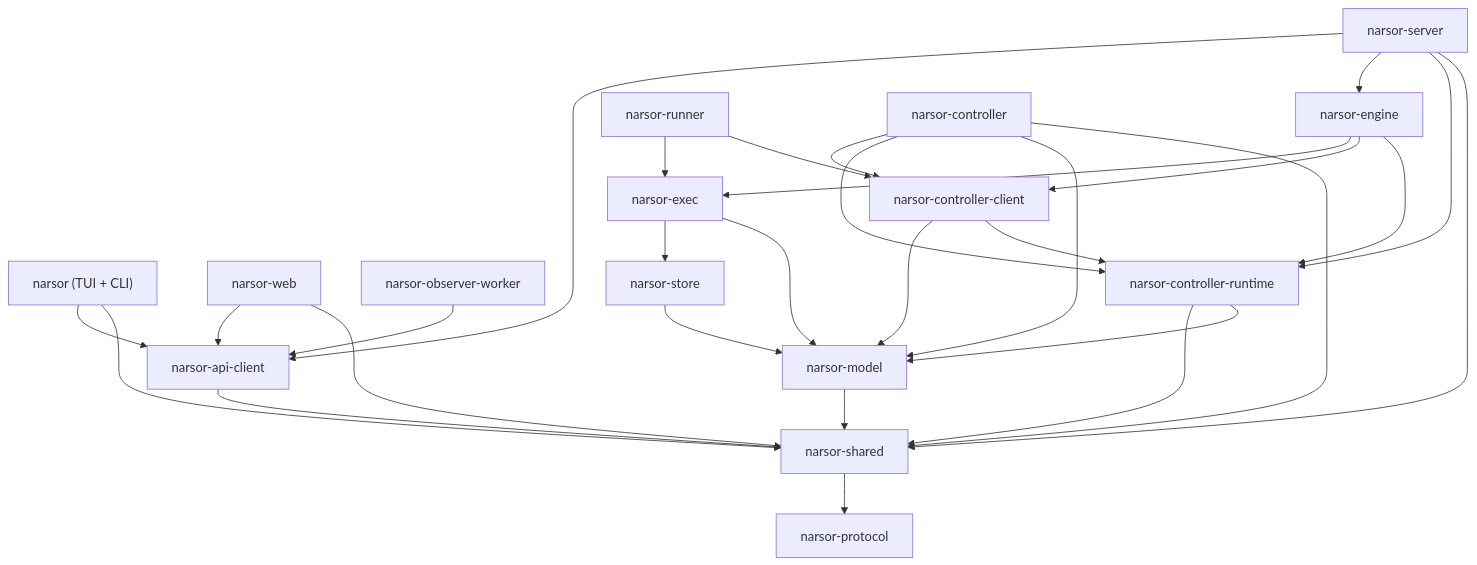
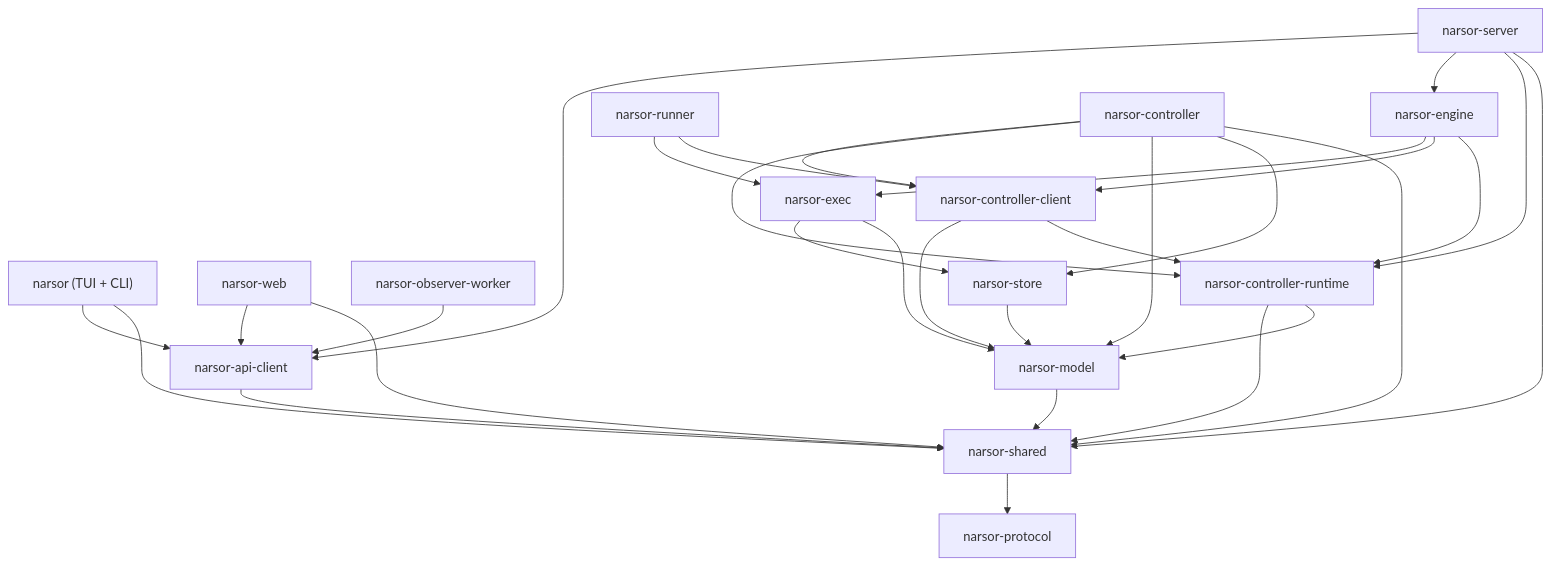
One commit to glakartur/narsor changed the first of 2 diagrams in docs/dev/components.md. Above: the diagram before and after it, drawn with Mermaid. The commit also changed other lines of this file and 6 other files, not shown here.

````diff
--- a/docs/dev/components.md
+++ b/docs/dev/components.md
@@ -33,31 +33,32 @@
 ```mermaid
 graph TD
   narsor["narsor (TUI + CLI)"] --> api[narsor-api-client]
   web[narsor-web] --> api
   obs[narsor-observer-worker] --> api
   server[narsor-server] --> api
   server --> engine[narsor-engine]
   server --> cr[narsor-controller-runtime]
   runner[narsor-runner] --> exec[narsor-exec]
   runner --> cc[narsor-controller-client]
   ctrl[narsor-controller] --> cc
   ctrl --> cr
   ctrl --> model
+  ctrl --> store
   engine --> exec
   engine --> cc
   engine --> cr
   exec --> store[narsor-store]
   exec --> model[narsor-model]
   store --> model
   cc --> model
   cc --> cr
   model --> shared[narsor-shared]
   ctrl --> shared
   api --> shared
   cr --> shared
   cr --> model
   web --> shared
   narsor --> shared
   server --> shared
   shared --> protocol[narsor-protocol]
 ```
````
